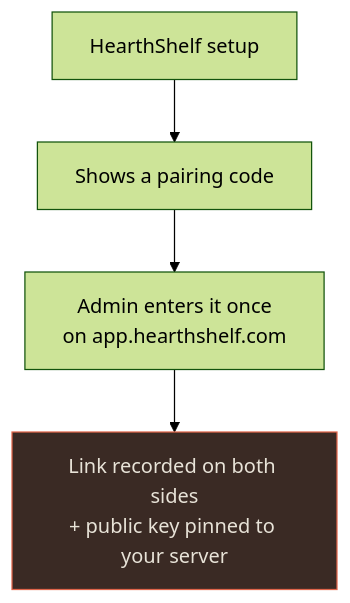
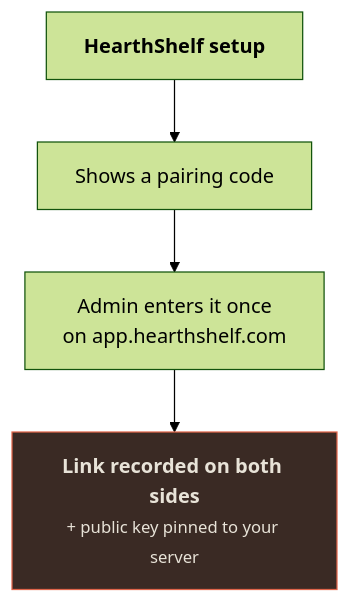
One commit to HearthShelf/HearthShelf-Docs changed the first of 2 diagrams in docs/webapp/pairing.md. Above: the diagram before and after it, drawn with Mermaid (forest theme). The commit also changed other lines of this file and 6 other files, not shown here.

First line of the commit message:
fixes: Diagram text no longer gets cut off inside boxes

````diff
--- a/docs/webapp/pairing.md
+++ b/docs/webapp/pairing.md
@@ -16,14 +16,14 @@
 ```mermaid
 flowchart TD
-    setup["HearthShelf setup"]
+    setup["<b>HearthShelf setup</b>"]
     code["Shows a pairing code"]
     enter["Admin enters it once<br/>on app.hearthshelf.com"]
-    linked["Link recorded on both sides<br/>+ public key pinned to your server"]
+    linked["<b>Link recorded on both sides</b><br/><small>+ public key pinned to your server</small>"]
 
     setup --> code
     code --> enter
     enter --> linked
 
     class linked accent
     classDef accent fill:#3a2a24,stroke:#e0654a,color:#e8e3d8;
 ```
````
